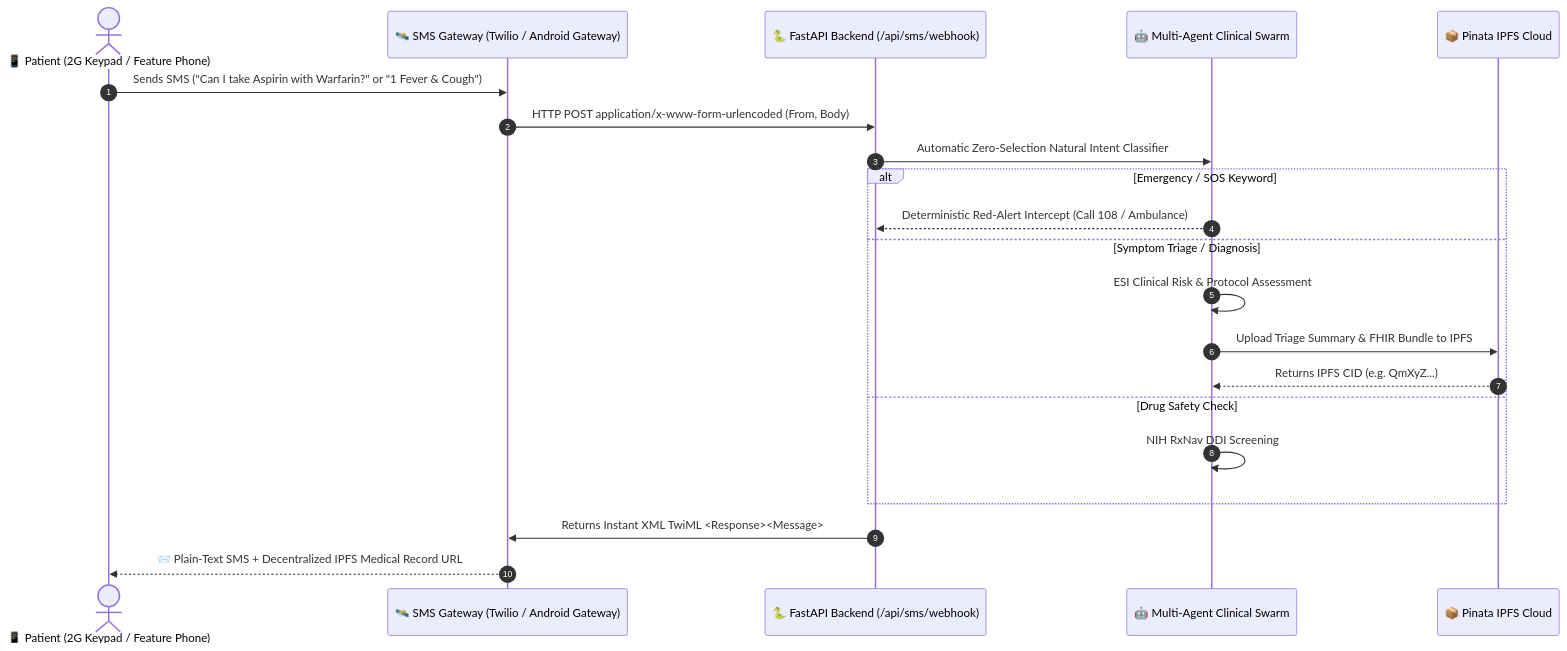
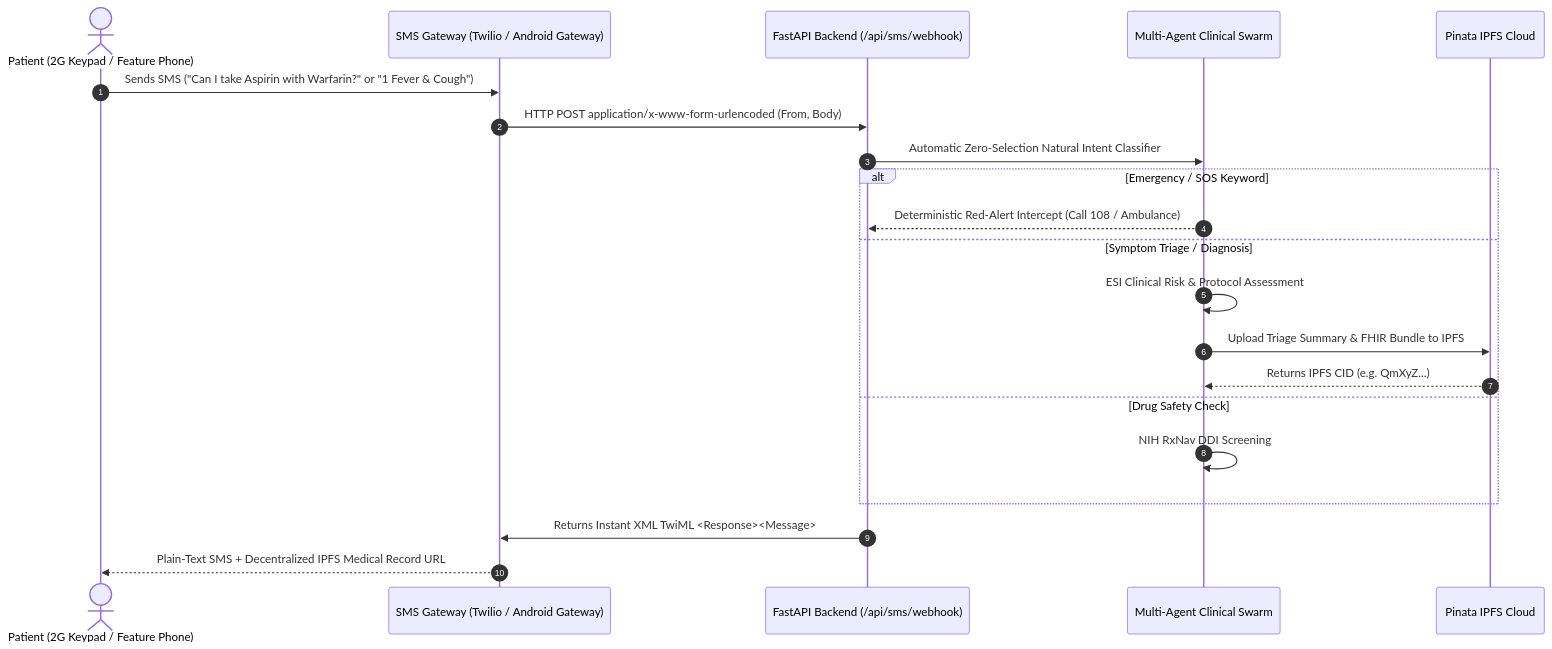
The sixth of 8 diagrams in README.md (Rachit-Tiwari-7/SYNAPSE-OS), drawn with Mermaid before and after one commit. The commit also changed other lines of this file, not shown here.

Commit message:
docs(readme): remove decorative emojis from headings, diagrams, and table of contents

````diff
--- a/README.md
+++ b/README.md
@@ -547,26 +547,26 @@
 ```mermaid
 sequenceDiagram
     autonumber
-    actor Patient as 📱 Patient (2G Keypad / Feature Phone)
-    participant SMS as 🛰️ SMS Gateway (Twilio / Android Gateway)
-    participant API as 🐍 FastAPI Backend (/api/sms/webhook)
-    participant Swarm as 🤖 Multi-Agent Clinical Swarm
-    participant Pinata as 📦 Pinata IPFS Cloud
+    actor Patient as Patient (2G Keypad / Feature Phone)
+    participant SMS as SMS Gateway (Twilio / Android Gateway)
+    participant API as FastAPI Backend (/api/sms/webhook)
+    participant Swarm as Multi-Agent Clinical Swarm
+    participant Pinata as Pinata IPFS Cloud
 
     Patient->>SMS: Sends SMS ("Can I take Aspirin with Warfarin?" or "1 Fever & Cough")
     SMS->>API: HTTP POST application/x-www-form-urlencoded (From, Body)
     API->>Swarm: Automatic Zero-Selection Natural Intent Classifier
     
     alt Emergency / SOS Keyword
         Swarm-->>API: Deterministic Red-Alert Intercept (Call 108 / Ambulance)
     else Symptom Triage / Diagnosis
         Swarm->>Swarm: ESI Clinical Risk & Protocol Assessment
         Swarm->>Pinata: Upload Triage Summary & FHIR Bundle to IPFS
         Pinata-->>Swarm: Returns IPFS CID (e.g. QmXyZ...)
     else Drug Safety Check
         Swarm->>Swarm: NIH RxNav DDI Screening
     end
 
     API->>SMS: Returns Instant XML TwiML <Response><Message>
-    SMS-->>Patient: 📨 Plain-Text SMS + Decentralized IPFS Medical Record URL
+    SMS-->>Patient: Plain-Text SMS + Decentralized IPFS Medical Record URL
 ```
````
